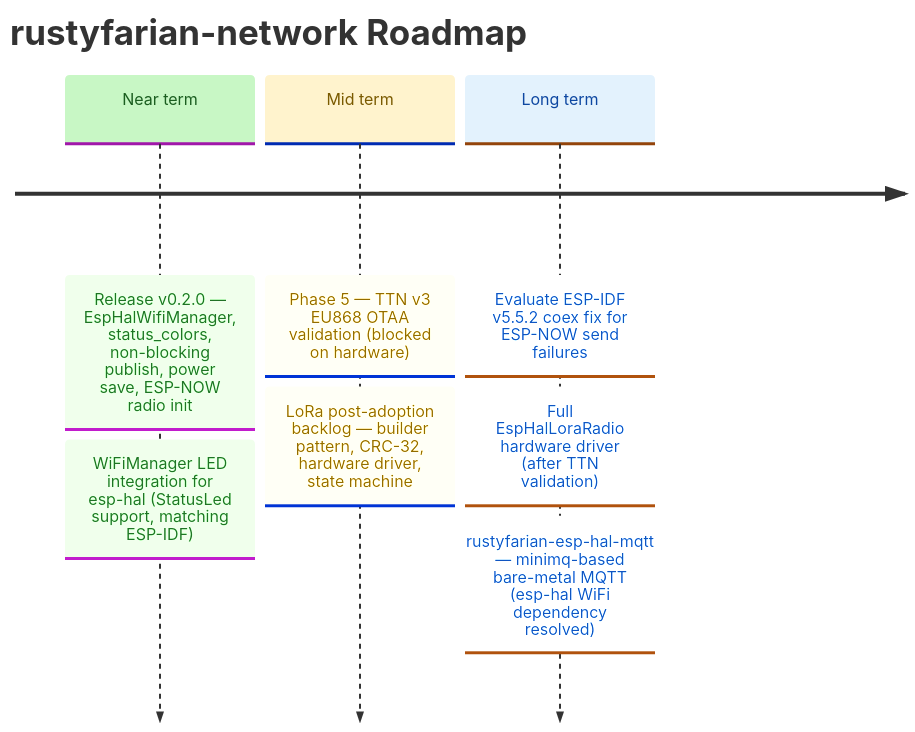
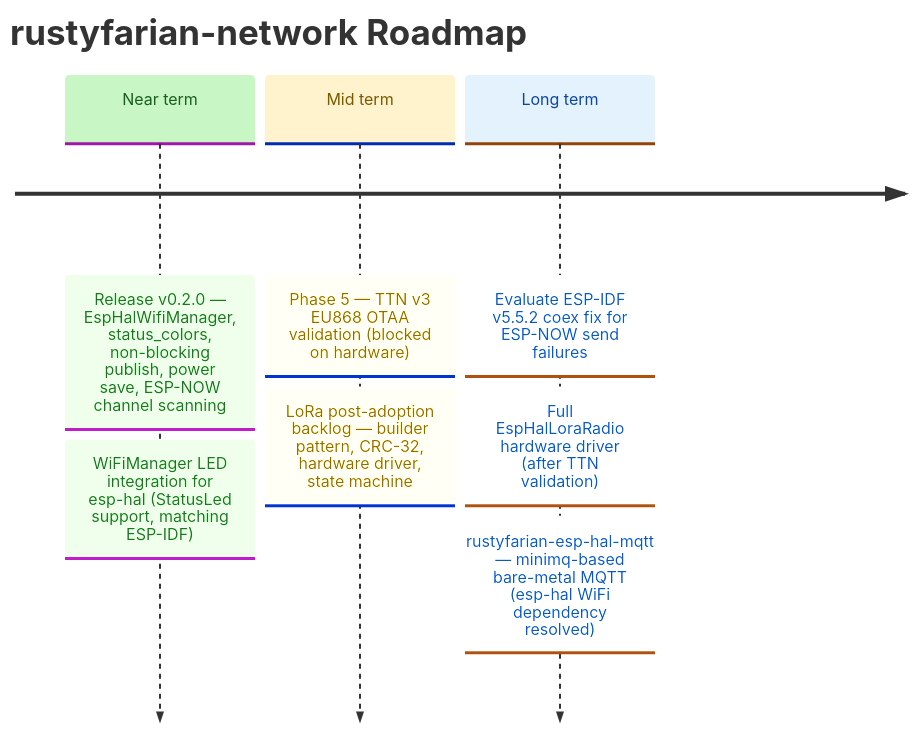
One commit to datenkollektiv/rustyfarian-network changed the diagram in docs/ROADMAP.md. Above: the diagram before and after it, drawn with Mermaid. The commit also changed other lines of this file and 15 other files, not shown here.

Commit message:
Add ESP-NOW channel scanning support with examples for ESP32-C3

````diff
--- a/docs/ROADMAP.md
+++ b/docs/ROADMAP.md
@@ -9,26 +9,26 @@
 ```mermaid
 %%{init: {
   "theme": "base",
   "themeVariables": {
     "cScale0": "#c8f7c5",
     "cScaleLabel0": "#1b5e20",
     "cScale1": "#fff3cd",
     "cScaleLabel1": "#7a5a00",
     "cScale2": "#e3f2fd",
     "cScaleLabel2": "#0d47a1"
   }
 }}%%
 
 timeline
     title rustyfarian-network Roadmap
 
-    Near term : Release v0.2.0 — EspHalWifiManager, status_colors, non-blocking publish, power save, ESP-NOW radio init
+    Near term : Release v0.2.0 — EspHalWifiManager, status_colors, non-blocking publish, power save, ESP-NOW channel scanning
               : WiFiManager LED integration for esp-hal (StatusLed support, matching ESP-IDF)
 
     Mid term  : Phase 5 — TTN v3 EU868 OTAA validation (blocked on hardware)
               : LoRa post-adoption backlog — builder pattern, CRC-32, hardware driver, state machine
 
     Long term : Evaluate ESP-IDF v5.5.2 coex fix for ESP-NOW send failures
               : Full EspHalLoraRadio hardware driver (after TTN validation)
               : rustyfarian-esp-hal-mqtt — minimq-based bare-metal MQTT (esp-hal WiFi dependency resolved)
 ```
````
